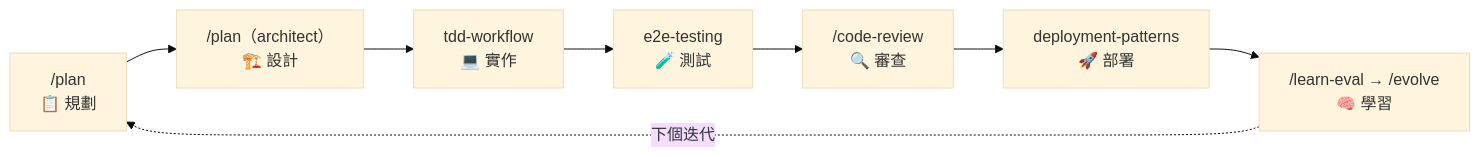
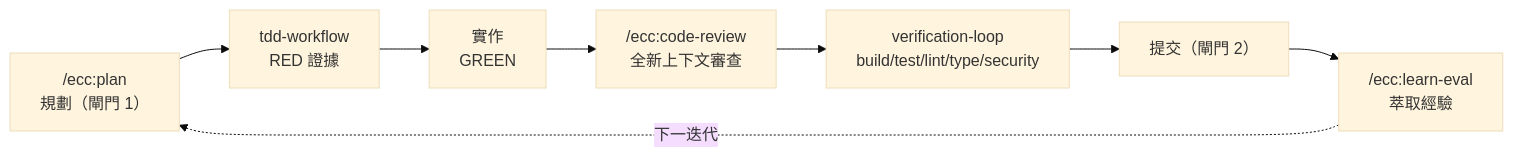
One commit to chihhung/Blog changed the ninth of 29 diagrams in content/posts/教學/AI開發/Everything Claude Code 教學手冊.md. Above: the diagram before and after it, drawn with Mermaid (base theme). The commit also changed other lines of this file, not shown here.

Commit message:
docs: update Everything Claude code 教學手冊

````diff
--- a/content/posts/教學/AI開發/Everything Claude Code 教學手冊.md
+++ b/content/posts/教學/AI開發/Everything Claude Code 教學手冊.md
@@ -2061,10 +2221,10 @@
 ```mermaid
 graph LR
-    P["/plan<br/>📋 規劃"] --> D["/plan（architect）<br/>🏗️ 設計"]
-    D --> I["tdd-workflow<br/>💻 實作"]
-    I --> T["e2e-testing<br/>🧪 測試"]
-    T --> R["/code-review<br/>🔍 審查"]
-    R --> Deploy["deployment-patterns<br/>🚀 部署"]
-    Deploy --> Learn["/learn-eval → /evolve<br/>🧠 學習"]
-    Learn -.->|"下個迭代"| P
+    P["/ecc:plan<br/>規劃（閘門 1）"] --> T["tdd-workflow<br/>RED 證據"]
+    T --> I["實作<br/>GREEN"]
+    I --> R["/ecc:code-review<br/>全新上下文審查"]
+    R --> V["verification-loop<br/>build/test/lint/type/security"]
+    V --> C["提交（閘門 2）"]
+    C --> L["/ecc:learn-eval<br/>萃取經驗"]
+    L -.->|下一迭代| P
 ```
````
